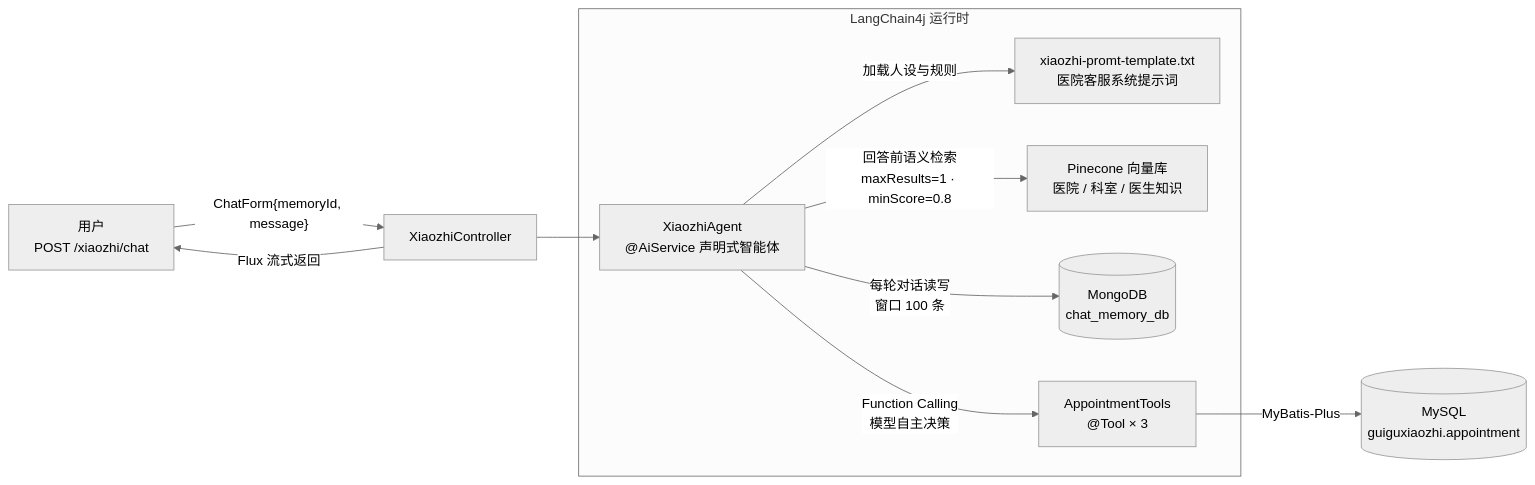
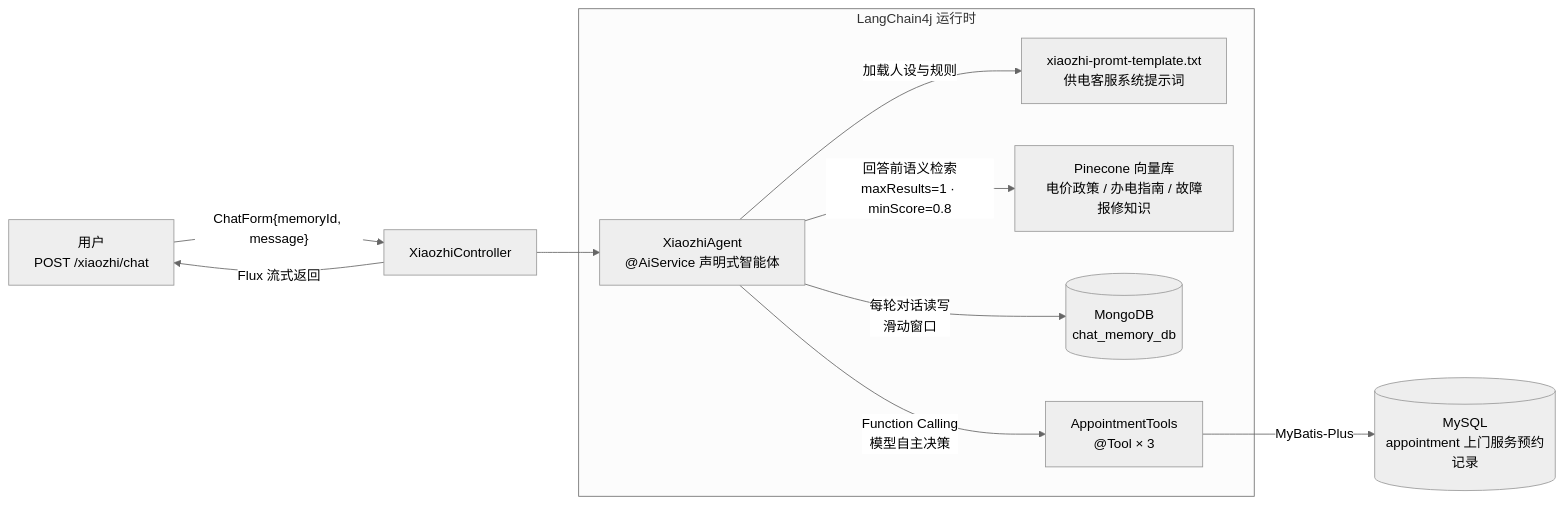
The diagram in README.md (AnzhiTingcber/xiaozhiApp), drawn with Mermaid (neutral theme) before and after one commit. The commit also changed other lines of this file, not shown here.

````diff
--- a/README.md
+++ b/README.md
@@ -36,15 +35,15 @@
 ```mermaid
 flowchart LR
     U["用户<br/>POST /xiaozhi/chat"] -->|"ChatForm{memoryId, message}"| C["XiaozhiController"]
     C -->|"Flux 流式返回"| U
     C --> A["XiaozhiAgent<br/>@AiService 声明式智能体"]
 
     subgraph LC["LangChain4j 运行时"]
-        A -->|"加载人设与规则"| PT["xiaozhi-promt-template.txt<br/>医院客服系统提示词"]
-        A -->|"回答前语义检索<br/>maxResults=1 · minScore=0.8"| RAG["Pinecone 向量库<br/>医院 / 科室 / 医生知识"]
-        A -->|"每轮对话读写<br/>窗口 100 条"| MEM[("MongoDB<br/>chat_memory_db")]
+        A -->|"加载人设与规则"| PT["xiaozhi-promt-template.txt<br/>供电客服系统提示词"]
+        A -->|"回答前语义检索<br/>maxResults=1 · minScore=0.8"| RAG["Pinecone 向量库<br/>电价政策 / 办电指南 / 故障报修知识"]
+        A -->|"每轮对话读写<br/>滑动窗口"| MEM[("MongoDB<br/>chat_memory_db")]
         A -->|"Function Calling<br/>模型自主决策"| TOOLS["AppointmentTools<br/>@Tool × 3"]
     end
 
-    TOOLS -->|"MyBatis-Plus"| DB[("MySQL<br/>guiguxiaozhi.appointment")]
+    TOOLS -->|"MyBatis-Plus"| DB[("MySQL<br/>appointment 上门服务预约记录")]
 ```
````
